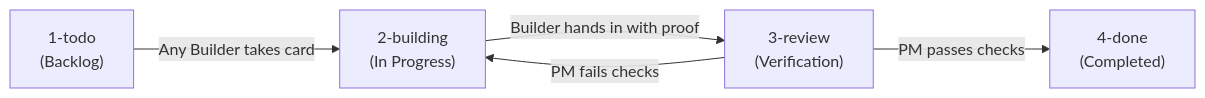
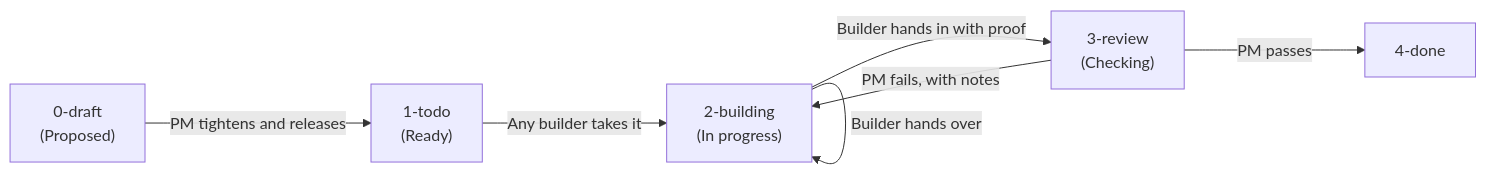
The diagram in HOW-WE-BUILD.md (RubixOwl/ai-visibility-tracker), drawn with Mermaid before and after one commit. The commit also changed other lines of this file and 2 other files, not shown here.

First line of the commit message:
Update public docs: current card factory pipeline and board

````diff
--- a/HOW-WE-BUILD.md
+++ b/HOW-WE-BUILD.md
@@ -13,7 +24,9 @@
 ```mermaid
 flowchart LR
-    A["1-todo<br/>(Backlog)"] -->|Any Builder takes card| B["2-building<br/>(In Progress)"]
-    B -->|Builder hands in with proof| C["3-review<br/>(Verification)"]
-    C -->|PM passes checks| D["4-done<br/>(Completed)"]
-    C -->|PM fails checks| B
+    Z["0-draft<br/>(Proposed)"] -->|PM tightens and releases| A["1-todo<br/>(Ready)"]
+    A -->|Any builder takes it| B["2-building<br/>(In progress)"]
+    B -->|Builder hands in with proof| C["3-review<br/>(Checking)"]
+    C -->|PM passes| D["4-done"]
+    C -->|PM fails, with notes| B
+    B -->|Builder hands over| B
 ```
````
